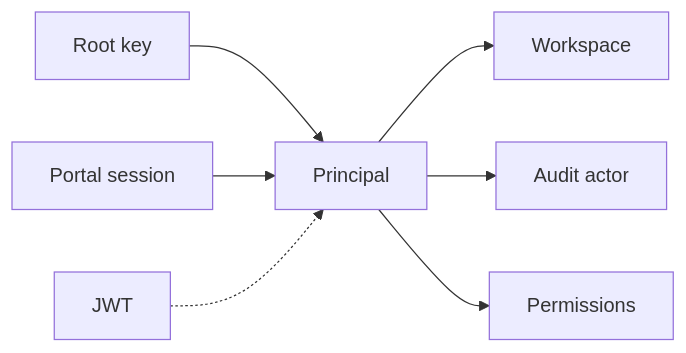
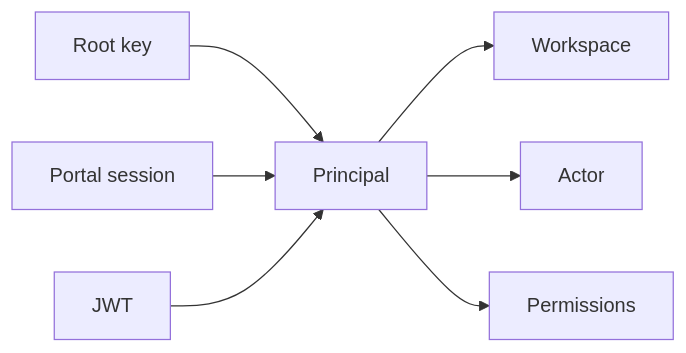
One commit to unkeyed/unkey changed the second of 3 diagrams in docs/engineering/architecture/services/api/api-design/auth.mdx. Above: the diagram before and after it, drawn with Mermaid. The commit also changed other lines of this file and 1 other file, not shown here.

````diff
--- a/docs/engineering/architecture/services/api/api-design/auth.mdx
+++ b/docs/engineering/architecture/services/api/api-design/auth.mdx
@@ -90,9 +77,9 @@
 ```mermaid
 flowchart LR
     A["Root key"] --> D["Principal"]
     B["Portal session"] --> D
-    C["JWT"] -.-> D
+    C["JWT"] --> D
     D --> E["Workspace"]
-    D --> F["Audit actor"]
+    D --> F["Actor"]
     D --> G["Permissions"]
 ```
````
